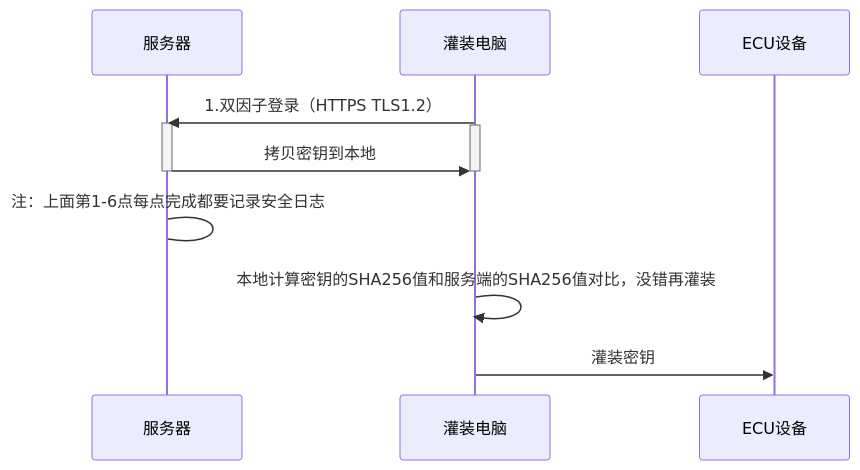
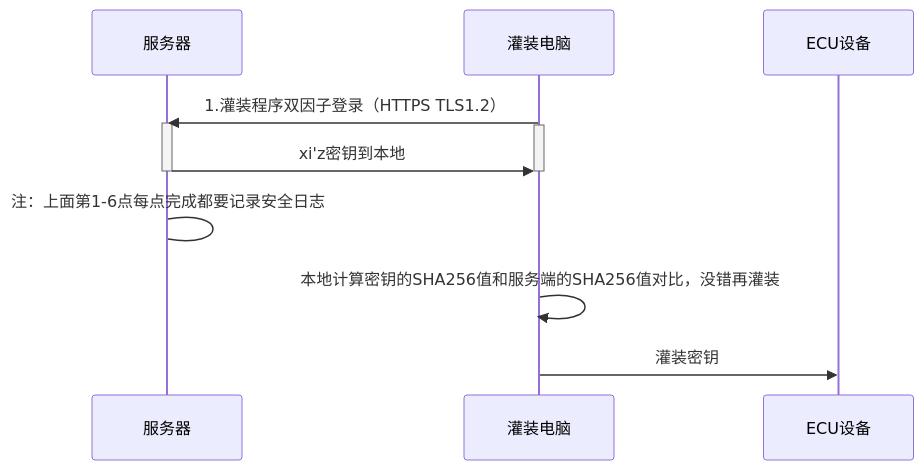
One commit to facebook-cloud/iodraw-files changed the diagram in all/未命名-23.md. Above: the diagram before and after it, drawn with Mermaid.

Commit message:
2026-04-15 17:07:34 update

````diff
--- a/all/未命名-23.md
+++ b/all/未命名-23.md
@@ -1,19 +1,19 @@
 ```mermaid
 sequenceDiagram
   
     participant B as 服务器
     participant D as 灌装电脑
     participant E as ECU设备
 
-    D->>B: 1.双因子登录（HTTPS TLS1.2）
+    D->>B: 1.灌装程序双因子登录（HTTPS TLS1.2）
     activate B
     activate D
-    B->>D: 拷贝密钥到本地
+    B->>D: xi'z密钥到本地
     deactivate B
     deactivate D
     B->B: 注：上面第1-6点每点完成都要记录安全日志
 
     D->>D:本地计算密钥的SHA256值和服务端的SHA256值对比，没错再灌装
     
     D->>E: 灌装密钥
 ```
````
